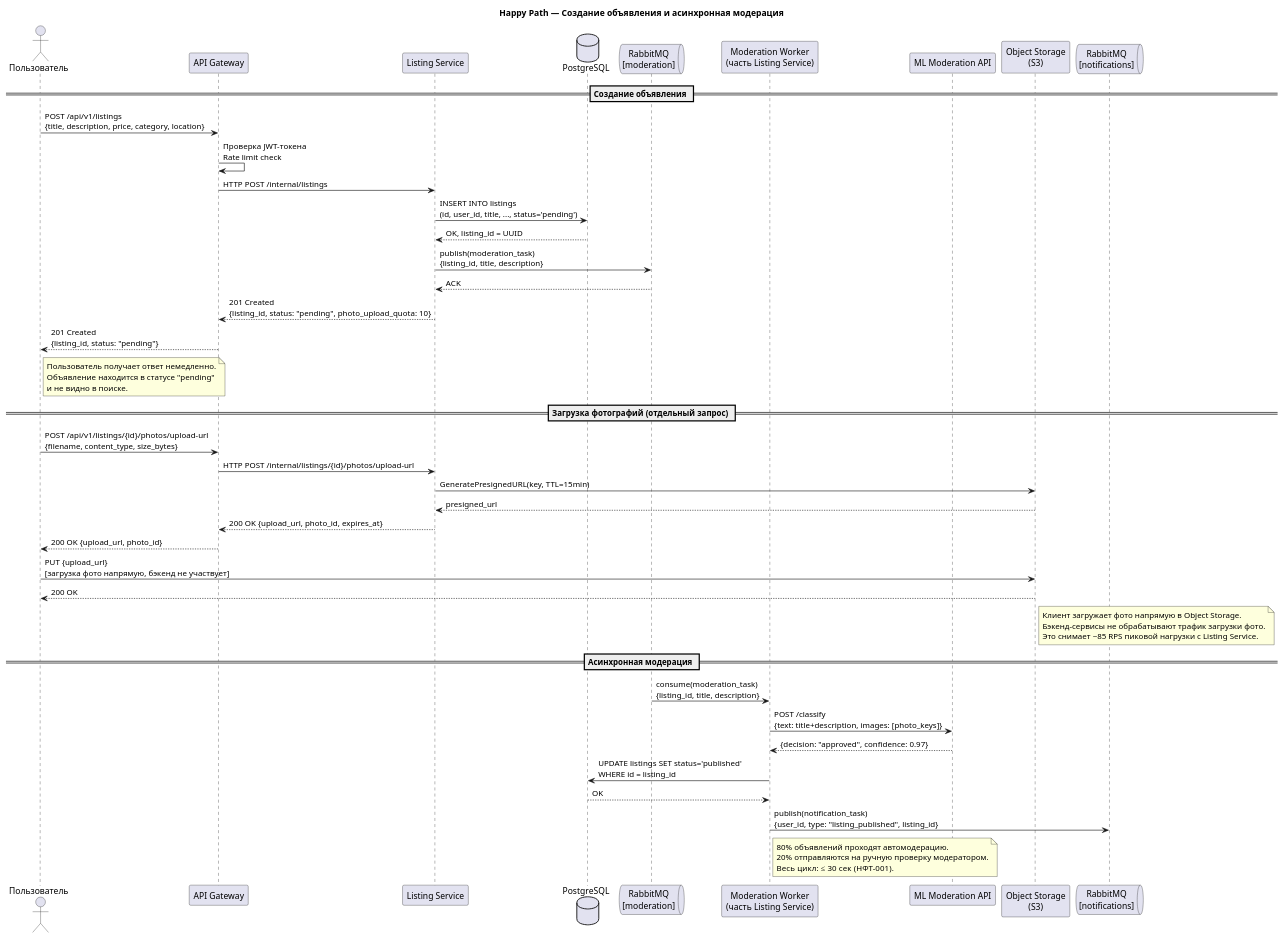
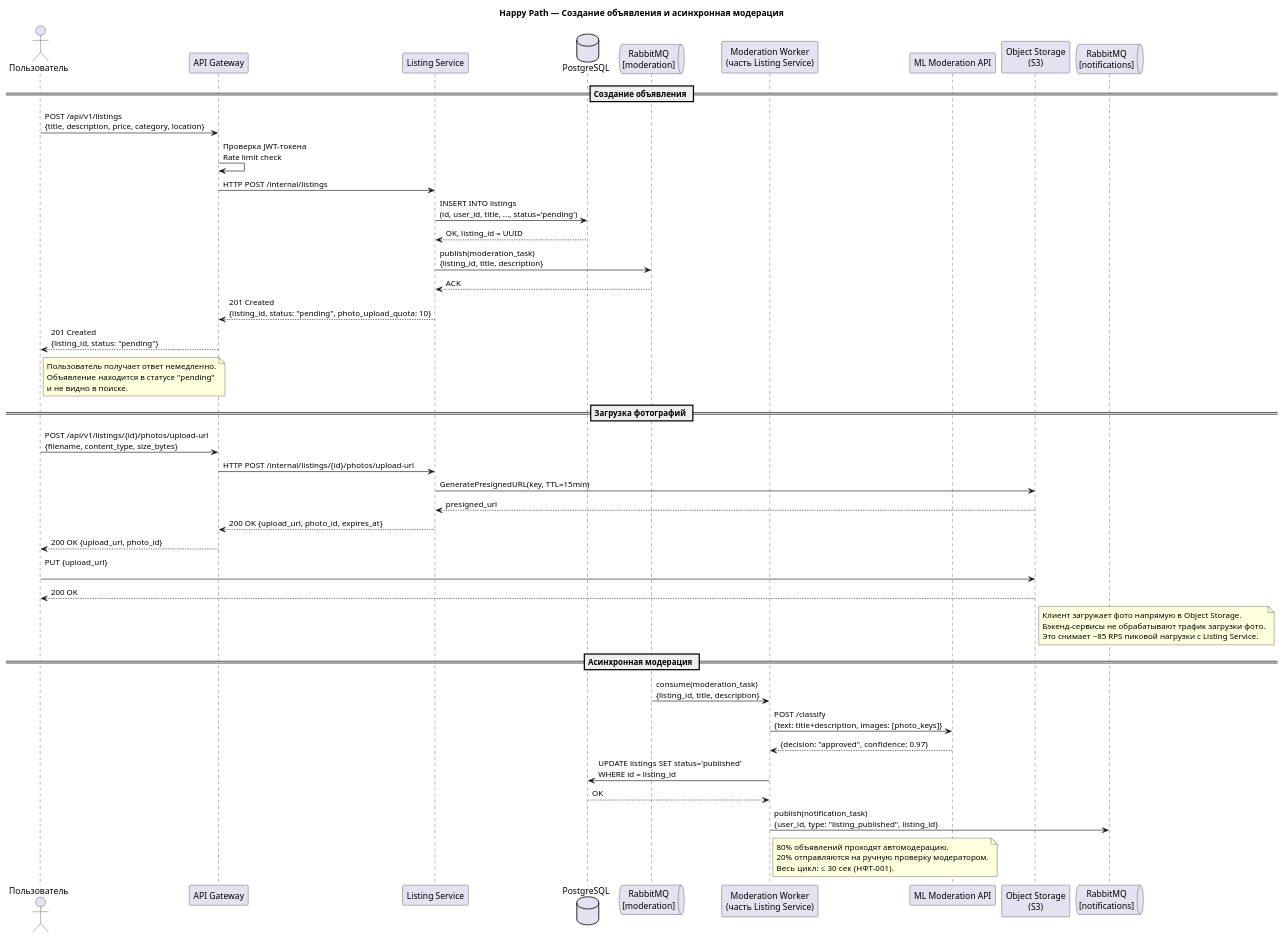
One commit to vitaliysev/highload changed the diagram in docs/diagrams/sequence-happy-path.puml. Above: the diagram before and after it, drawn with PlantUML. The commit also changed 4 other files, not shown here.

```diff
--- a/docs/diagrams/sequence-happy-path.puml
+++ b/docs/diagrams/sequence-happy-path.puml
@@ -1,72 +1,72 @@
 @startuml Sequence_HappyPath
 
 title Happy Path — Создание объявления и асинхронная модерация
 
 actor "Пользователь" as User
 participant "API Gateway" as GW
 participant "Listing Service" as LS
 database "PostgreSQL" as PG
 queue "RabbitMQ\n[moderation]" as MQ
 participant "Moderation Worker\n(часть Listing Service)" as MW
 participant "ML Moderation API" as ML
 participant "Object Storage\n(S3)" as S3
 queue "RabbitMQ\n[notifications]" as NQ
 
 == Создание объявления ==
 
 User -> GW : POST /api/v1/listings\n{title, description, price, category, location}
 GW -> GW : Проверка JWT-токена\nRate limit check
 GW -> LS : HTTP POST /internal/listings
 
 LS -> PG : INSERT INTO listings\n(id, user_id, title, ..., status='pending')
 PG --> LS : OK, listing_id = UUID
 
 LS -> MQ : publish(moderation_task)\n{listing_id, title, description}
 MQ --> LS : ACK
 
 LS --> GW : 201 Created\n{listing_id, status: "pending", photo_upload_quota: 10}
 GW --> User : 201 Created\n{listing_id, status: "pending"}
 
 note right of User
   Пользователь получает ответ немедленно.
   Объявление находится в статусе "pending"
   и не видно в поиске.
 end note
 
-== Загрузка фотографий (отдельный запрос) ==
+== Загрузка фотографий ==
 
 User -> GW : POST /api/v1/listings/{id}/photos/upload-url\n{filename, content_type, size_bytes}
 GW -> LS : HTTP POST /internal/listings/{id}/photos/upload-url
 LS -> S3 : GeneratePresignedURL(key, TTL=15min)
 S3 --> LS : presigned_url
 LS --> GW : 200 OK {upload_url, photo_id, expires_at}
 GW --> User : 200 OK {upload_url, photo_id}
 
-User -> S3 : PUT {upload_url}\n[загрузка фото напрямую, бэкенд не участвует]
+User -> S3 : PUT {upload_url}\n
 S3 --> User : 200 OK
 
 note right of S3
   Клиент загружает фото напрямую в Object Storage.
   Бэкенд-сервисы не обрабатывают трафик загрузки фото.
   Это снимает ~85 RPS пиковой нагрузки с Listing Service.
 end note
 
 == Асинхронная модерация ==
 
 MQ -> MW : consume(moderation_task)\n{listing_id, title, description}
 
 MW -> ML : POST /classify\n{text: title+description, images: [photo_keys]}
 ML --> MW : {decision: "approved", confidence: 0.97}
 
 MW -> PG : UPDATE listings SET status='published'\nWHERE id = listing_id
 PG --> MW : OK
 
 MW -> NQ : publish(notification_task)\n{user_id, type: "listing_published", listing_id}
 
 note right of MW
   80% объявлений проходят автомодерацию.
   20% отправляются на ручную проверку модератором.
   Весь цикл: ≤ 30 сек (НФТ-001).
 end note
 
 @enduml
```
